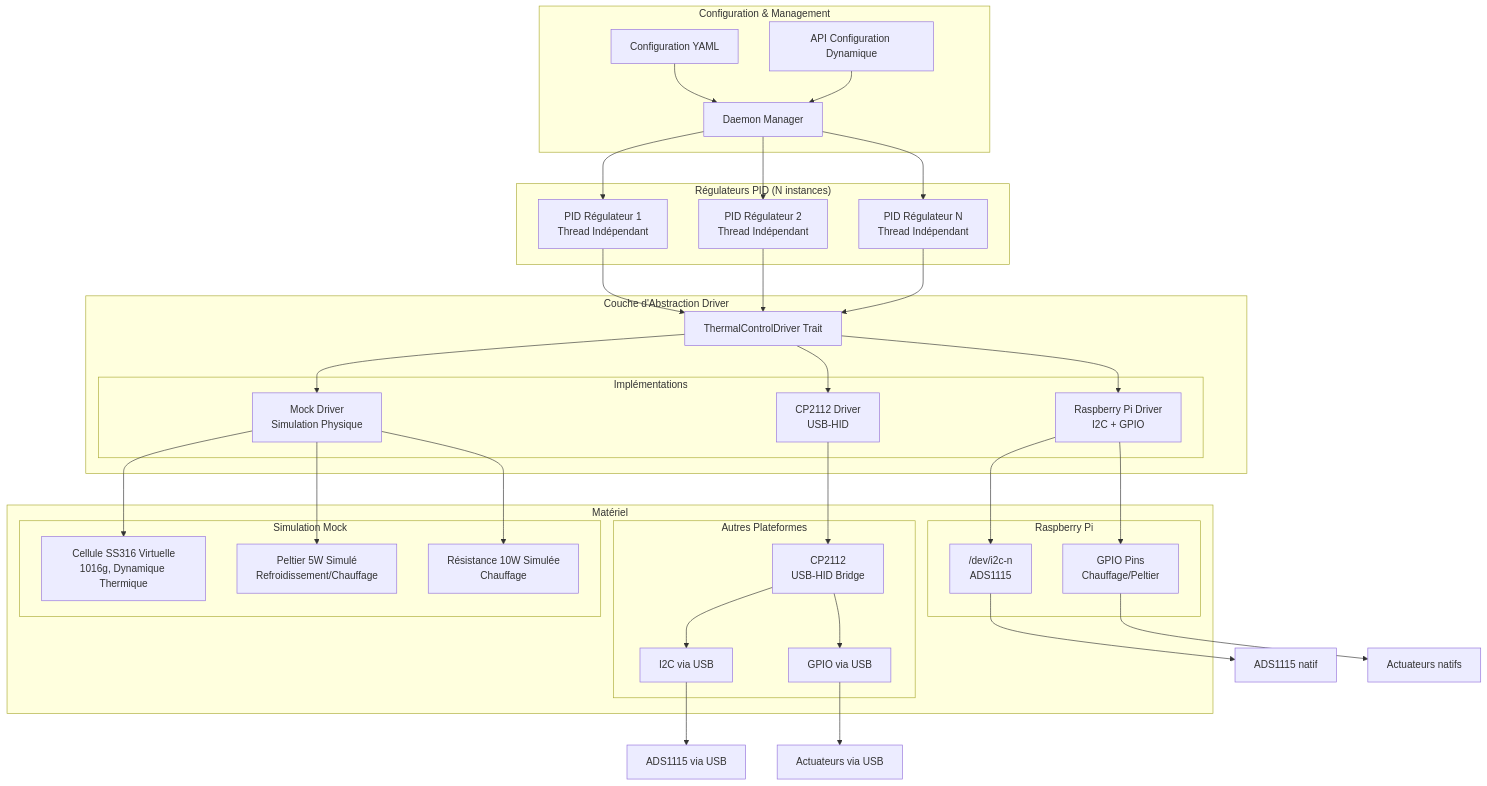
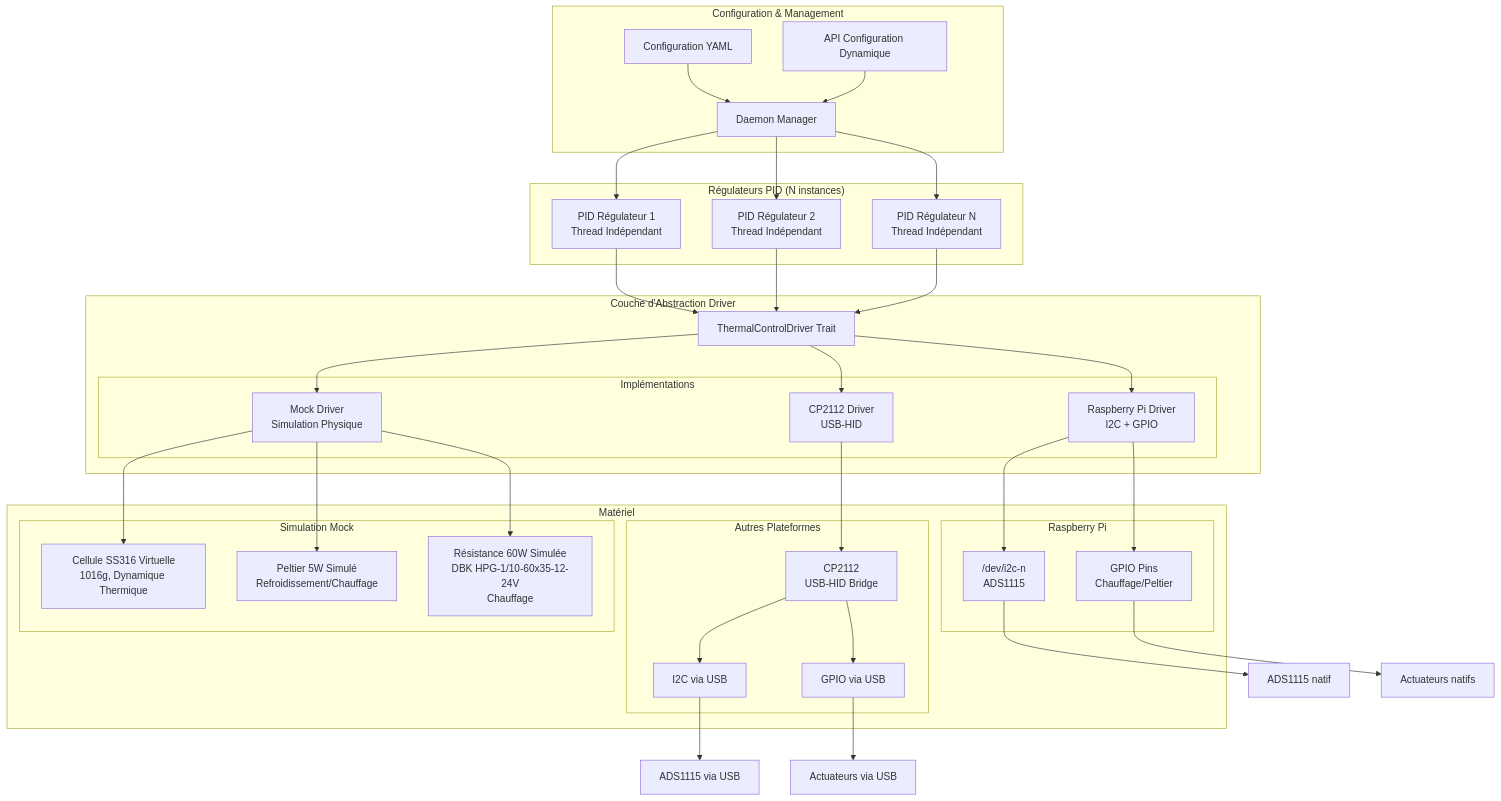
Before and after one commit to sctg-development/rust-photoacoustic: the second of 25 diagrams in docs/regulation_thermique.md, drawn with Mermaid. The commit also changed other lines of this file and 23 other files, not shown here.

````diff
--- a/docs/regulation_thermique.md
+++ b/docs/regulation_thermique.md
@@ -70,71 +70,71 @@
 ```mermaid
 graph TB
     subgraph "Configuration & Management"
         CONFIG[Configuration YAML]
         DAEMON_MGR[Daemon Manager]
         API[API Configuration Dynamique]
     end
     
     subgraph "Régulateurs PID (N instances)"
         PID1[PID Régulateur 1<br/>Thread Indépendant]
         PID2[PID Régulateur 2<br/>Thread Indépendant]
         PIDN[PID Régulateur N<br/>Thread Indépendant]
     end
     
     subgraph "Couche d'Abstraction Driver"
         DRIVER_TRAIT[ThermalControlDriver Trait]
         
         subgraph "Implémentations"
             RPI_DRIVER[Raspberry Pi Driver<br>I2C + GPIO]
             CP2112_DRIVER[CP2112 Driver<br>USB-HID]
             MOCK_DRIVER[Mock Driver<br>Simulation Physique]
         end
     end
     
     subgraph "Matériel"
         subgraph "Raspberry Pi"
             I2C["/dev/i2c-n<br/>ADS1115"]
             GPIO[GPIO Pins<br/>Chauffage/Peltier]
         end
         
         subgraph "Autres Plateformes"
             CP2112[CP2112<br/>USB-HID Bridge]
             USB_I2C[I2C via USB]
             USB_GPIO[GPIO via USB]
         end
         
         subgraph "Simulation Mock"
             MOCK_CELL[Cellule SS316 Virtuelle<br/>1016g, Dynamique Thermique]
             MOCK_PELTIER[Peltier 5W Simulé<br/>Refroidissement/Chauffage]
-            MOCK_HEATER[Résistance 10W Simulée<br/>Chauffage]
+            MOCK_HEATER[Résistance 60W Simulée<br/>DBK HPG-1/10-60x35-12-24V<br/>Chauffage]
         end
     end
     
     CONFIG --> DAEMON_MGR
     API --> DAEMON_MGR
     DAEMON_MGR --> PID1
     DAEMON_MGR --> PID2
     DAEMON_MGR --> PIDN
     
     PID1 --> DRIVER_TRAIT
     PID2 --> DRIVER_TRAIT
     PIDN --> DRIVER_TRAIT
     
     DRIVER_TRAIT --> RPI_DRIVER
     DRIVER_TRAIT --> CP2112_DRIVER
     DRIVER_TRAIT --> MOCK_DRIVER
     
     RPI_DRIVER --> I2C
     RPI_DRIVER --> GPIO
     CP2112_DRIVER --> CP2112
     MOCK_DRIVER --> MOCK_CELL
     MOCK_DRIVER --> MOCK_PELTIER
     MOCK_DRIVER --> MOCK_HEATER
     CP2112 --> USB_I2C
     CP2112 --> USB_GPIO
     
     USB_I2C --> ADS1115_USB[ADS1115 via USB]
     USB_GPIO --> ACTUATORS_USB[Actuateurs via USB]
     I2C --> ADS1115_RPI[ADS1115 natif]
     GPIO --> ACTUATORS_RPI[Actuateurs natifs]
 ```
````
